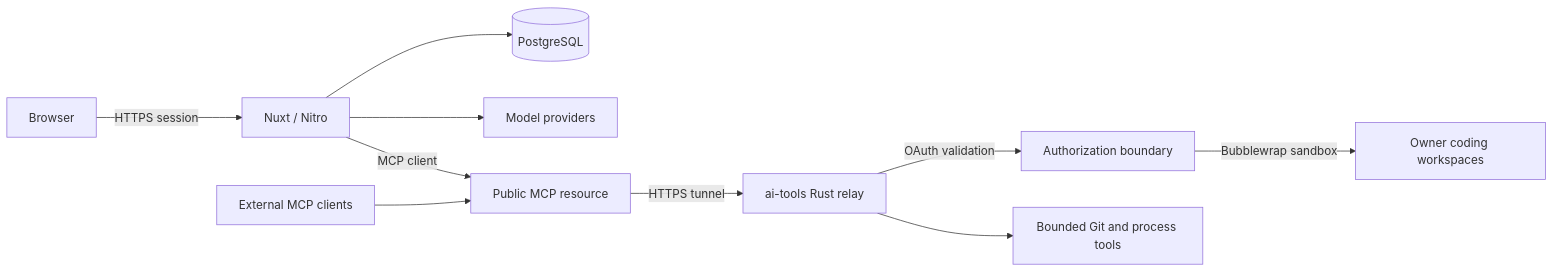
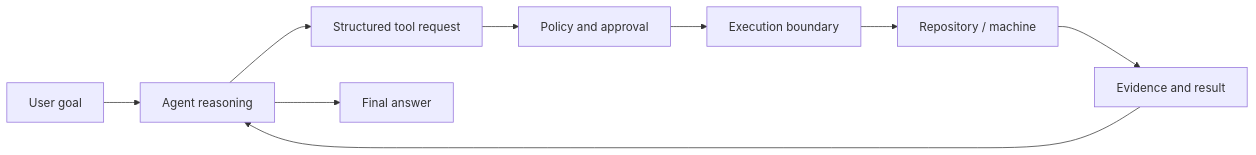
Before and after one commit to farismnrr/portofolio: the first of 3 diagrams in frontend/content/projects/masih-awam-ai-code.md, drawn with Mermaid. The commit also changed other lines of this file and 6 other files, not shown here.

````diff
--- a/frontend/content/projects/masih-awam-ai-code.md
+++ b/frontend/content/projects/masih-awam-ai-code.md
@@ -32,12 +59,11 @@
 ```mermaid
 flowchart LR
-    U[Browser] -->|HTTPS session| N[Nuxt / Nitro]
-    N --> P[(PostgreSQL)]
-    N --> M[Model providers]
-    N -->|MCP client| R[Public MCP resource]
-    C[External MCP clients] --> R
-    R -->|HTTPS tunnel| A[ai-tools Rust relay]
-    A -->|OAuth validation| O[Authorization boundary]
-    O -->|Bubblewrap sandbox| W[Owner coding workspaces]
-    A --> G[Bounded Git and process tools]
+    U[User goal] --> A[Agent reasoning]
+    A --> T[Structured tool request]
+    T --> P[Policy and approval]
+    P --> E[Execution boundary]
+    E --> W[Repository / machine]
+    W --> R[Evidence and result]
+    R --> A
+    A --> O[Final answer]
 ```
````
